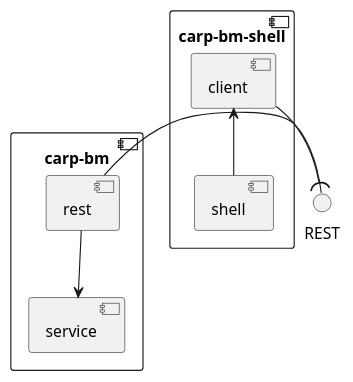
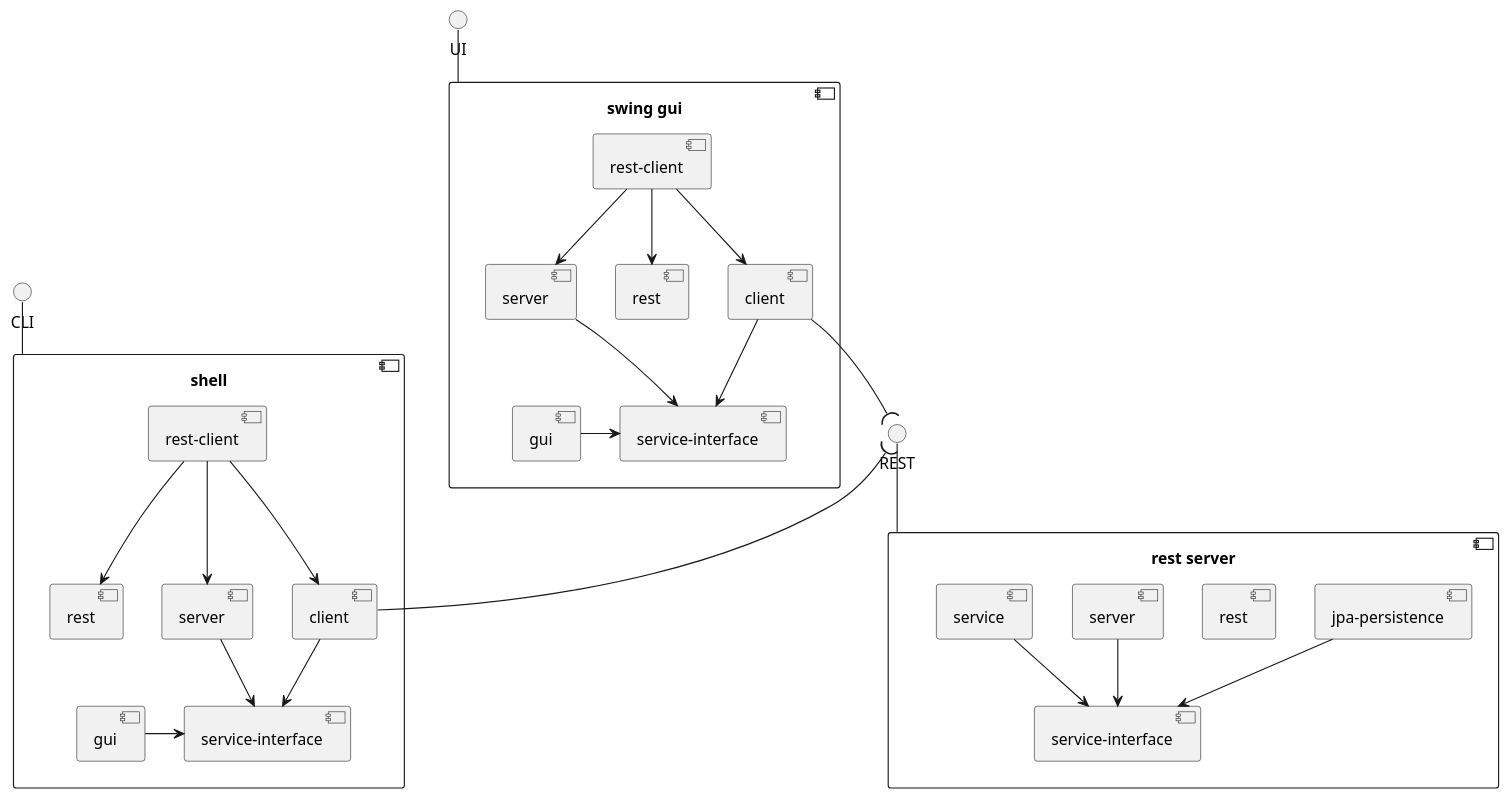
Before and after one commit to greifentor/carp-bm: the diagram in docs/architecture/component-diagram-level-1.plantuml, drawn with PlantUML. The commit also changed 4 other files, not shown here.

Commit message:
Updated architecture documentation.

```diff
--- a/docs/architecture/component-diagram-level-1.plantuml
+++ b/docs/architecture/component-diagram-level-1.plantuml
@@ -1,29 +1,71 @@
 @startuml
 
 '!theme mono
 'COMMENT - skinparam linetype ortho
 
-component carpbm as "carp-bm" {
+interface cli as "CLI"
+interface restserverrest as "REST"
+interface ui as "UI"
 
-	component service
-	component rest
+component restserver as "rest server" {
+    component rsjpapersistence as "jpa-persistence"
+    component rsrest as "rest"
+    component rsserver as "server"
+    component rsservice as "service"
+    component rsserviceinterface as "service-interface"
 
-	rest --> service
+    rsjpapersistence --> rsserviceinterface
 
+    rsserver --> rsserviceinterface
+
+    rsservice --> rsserviceinterface
 }
 
-interface rest_carp_bm as "REST"
-rest -RIGHT- rest_carp_bm
+component shell {
+    component shclient as "client"
+    component shgui as "gui"
+    component shrest as "rest"
+    component shrestclient as "rest-client"
+    component shserviceinterface as "service-interface"
+    component shserver as "server"
 
-component carpbmshell as "carp-bm-shell" {
+    shclient --> shserviceinterface
 
-	component shell
-	component client
+    shgui -RIGHT-> shserviceinterface
 
-	shell -UP-> client
+    shrestclient --> shclient
+    shrestclient --> shrest
+    shrestclient --> shserver
 
+    shserver --> shserviceinterface
+
+    restserverrest )-- shclient
 }
 
-client --( rest_carp_bm
+component swinggui as "swing gui" {
+    component client
+    component gui
+    component rest
+    component restclient as "rest-client"
+    component serviceinterface as "service-interface"
+    component server
+
+    client --> serviceinterface
+
+    gui -RIGHT-> serviceinterface
+
+    restclient --> client
+    restclient --> rest
+    restclient --> server
+
+    server --> serviceinterface
+
+    restserverrest )-UP- client
+}
+
+cli -- shell
+ui -- swinggui
+
+restserver -UP- restserverrest
 
 @enduml
```
